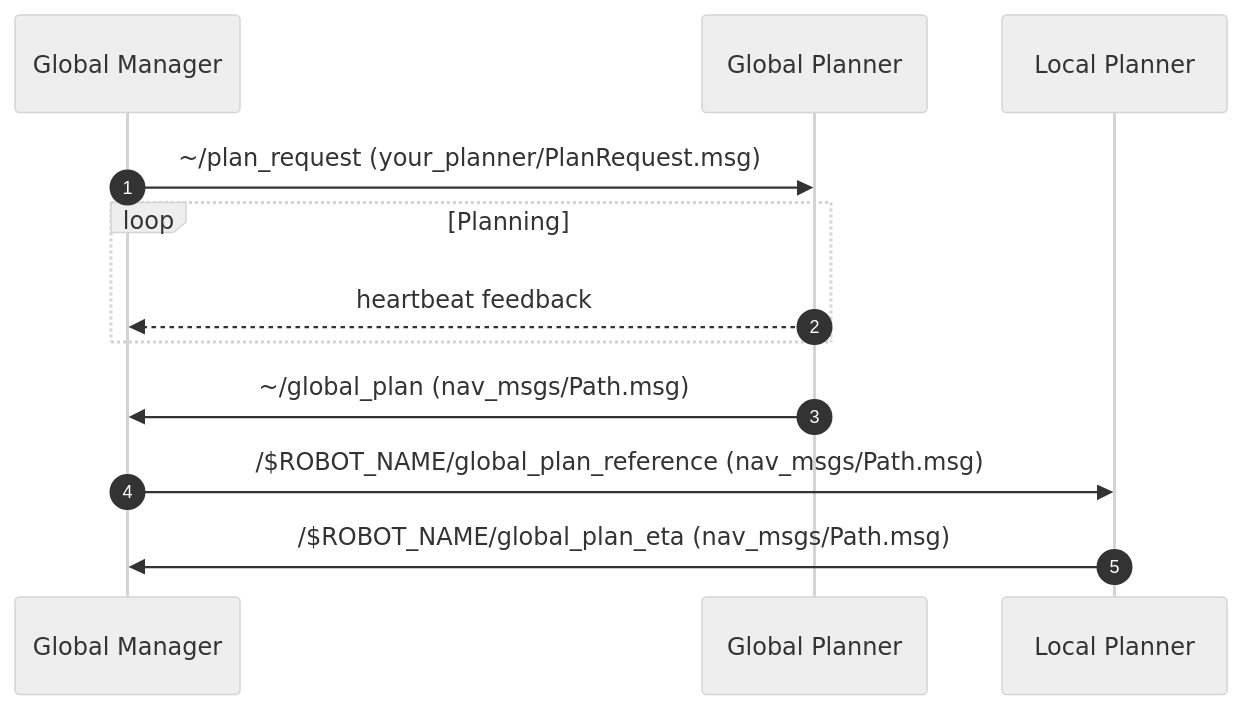
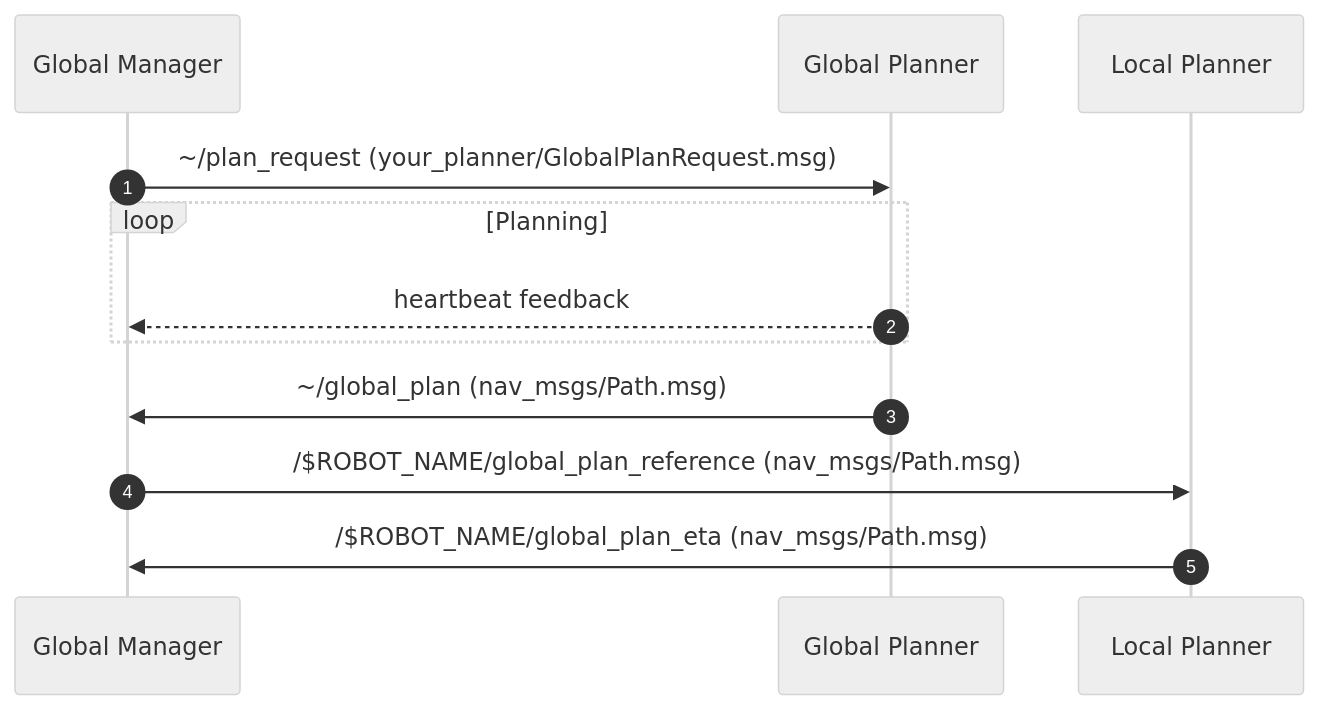
Before and after one commit to castacks/AirStack: the diagram in docs/robot/autonomy/4_global/planning/index.md, drawn with Mermaid (neutral theme). The commit also changed other lines of this file and 8 other files, not shown here.

Commit message:
Add simple RRT-star global planner that uses 3D costmap

````diff
--- a/docs/robot/autonomy/4_global/planning/index.md
+++ b/docs/robot/autonomy/4_global/planning/index.md
@@ -33,11 +34,11 @@
-``` mermaid
+```mermaid
 sequenceDiagram
   autonumber
-  Global Manager->>Global Planner: ~/plan_request (your_planner/PlanRequest.msg)
+  Global Manager->>Global Planner: ~/plan_request (your_planner/GlobalPlanRequest.msg)
   loop Planning
       Global Planner-->>Global Manager: heartbeat feedback
   end
   Global Planner->>Global Manager: ~/global_plan (nav_msgs/Path.msg)
   Global Manager->>Local Planner: /$ROBOT_NAME/global_plan_reference (nav_msgs/Path.msg)
   Local Planner->>Global Manager: /$ROBOT_NAME/global_plan_eta (nav_msgs/Path.msg)
 ```
````
